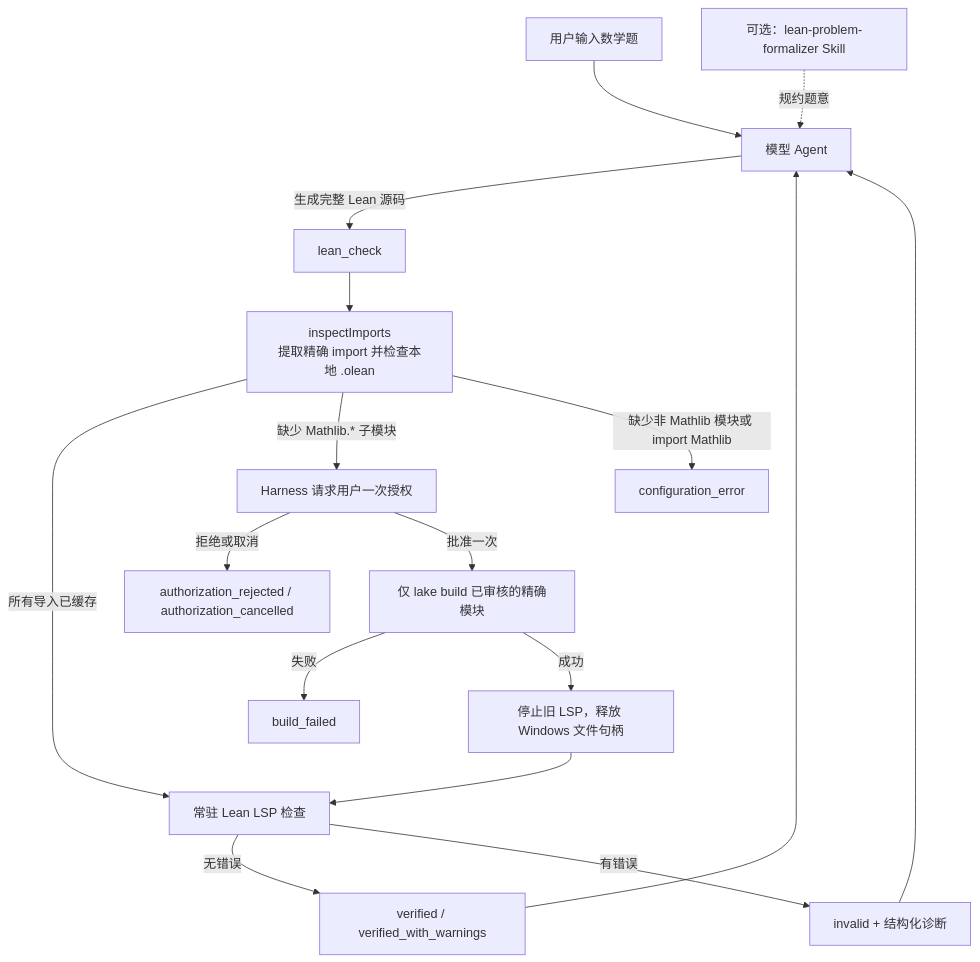
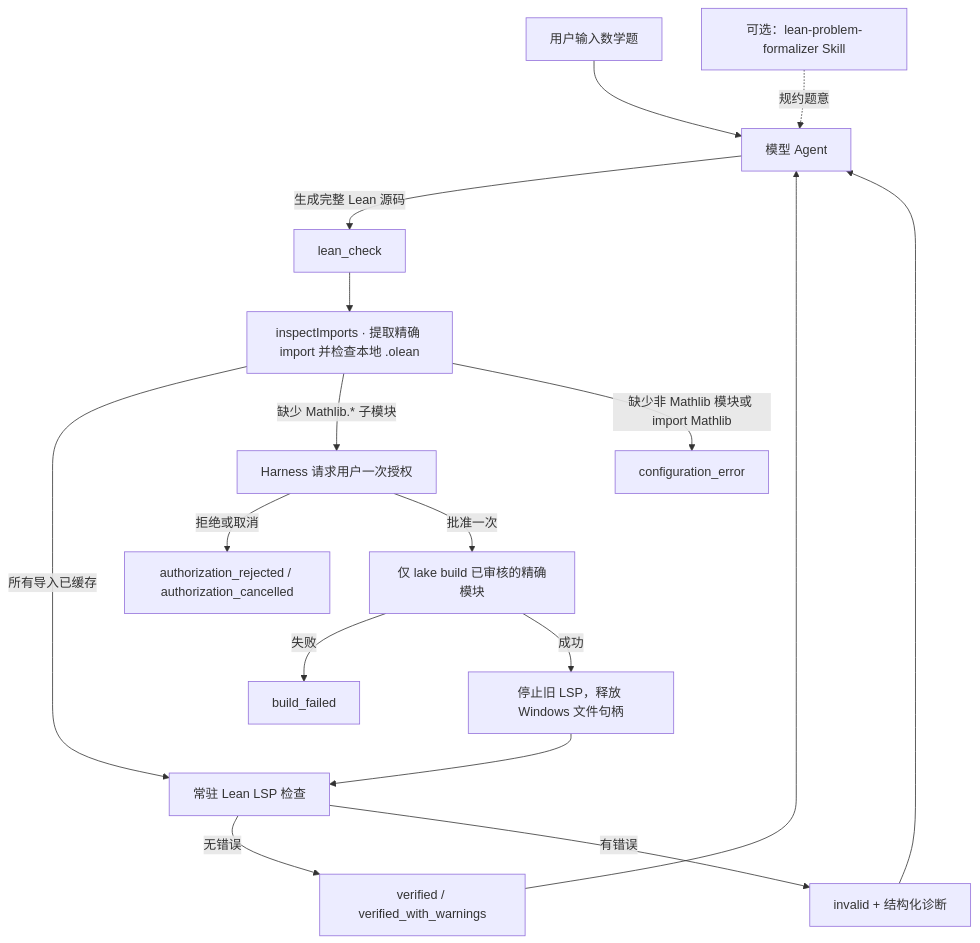
The second of 3 diagrams in docs/architecture.md (Cosmicwanderer1/lean4-harness-plugin), drawn with Mermaid before and after one commit. The commit also changed other lines of this file, not shown here.

Commit message:
docs: fix Mermaid architecture diagrams

````diff
--- a/docs/architecture.md
+++ b/docs/architecture.md
@@ -80,22 +80,22 @@
 ```mermaid
 flowchart TD
-  User[用户输入数学题] --> Agent[模型 Agent]
-  Skill[可选：lean-problem-formalizer Skill] -.规约题意.-> Agent
-  Agent -->|生成完整 Lean 源码| Tool[lean_check]
+  User["用户输入数学题"] --> Agent["模型 Agent"]
+  Skill["可选：lean-problem-formalizer Skill"] -.规约题意.-> Agent
+  Agent -->|生成完整 Lean 源码| Tool["lean_check"]
 
-  Tool --> Inspect[inspectImports\n提取精确 import 并检查本地 .olean]
+  Tool --> Inspect["inspectImports · 提取精确 import 并检查本地 .olean"]
   Inspect -->|所有导入已缓存| Verify
-  Inspect -->|缺少 Mathlib.* 子模块| Ask[Harness 请求用户一次授权]
-  Inspect -->|缺少非 Mathlib 模块或 import Mathlib| ConfigError[configuration_error]
+  Inspect -->|缺少 Mathlib.* 子模块| Ask["Harness 请求用户一次授权"]
+  Inspect -->|缺少非 Mathlib 模块或 import Mathlib| ConfigError["configuration_error"]
 
-  Ask -->|拒绝或取消| Denied[authorization_rejected / authorization_cancelled]
-  Ask -->|批准一次| Build[仅 lake build 已审核的精确模块]
-  Build -->|失败| BuildError[build_failed]
-  Build -->|成功| Restart[停止旧 LSP，释放 Windows 文件句柄]
-  Restart --> Verify[常驻 Lean LSP 检查]
+  Ask -->|拒绝或取消| Denied["authorization_rejected / authorization_cancelled"]
+  Ask -->|批准一次| Build["仅 lake build 已审核的精确模块"]
+  Build -->|失败| BuildError["build_failed"]
+  Build -->|成功| Restart["停止旧 LSP，释放 Windows 文件句柄"]
+  Restart --> Verify["常驻 Lean LSP 检查"]
 
-  Verify -->|无错误| Verified[verified / verified_with_warnings]
-  Verify -->|有错误| Invalid[invalid + 结构化诊断]
+  Verify -->|无错误| Verified["verified / verified_with_warnings"]
+  Verify -->|有错误| Invalid["invalid + 结构化诊断"]
   Invalid --> Agent
   Verified --> Agent
 ```
````
